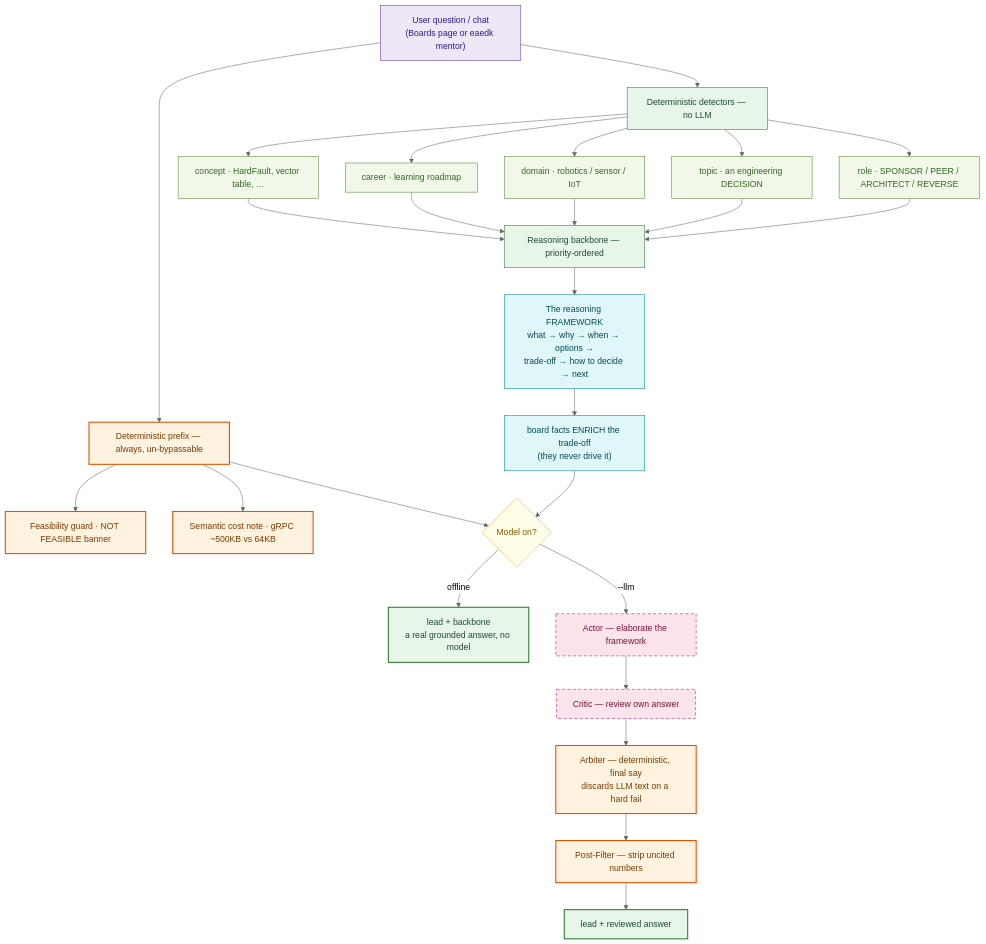
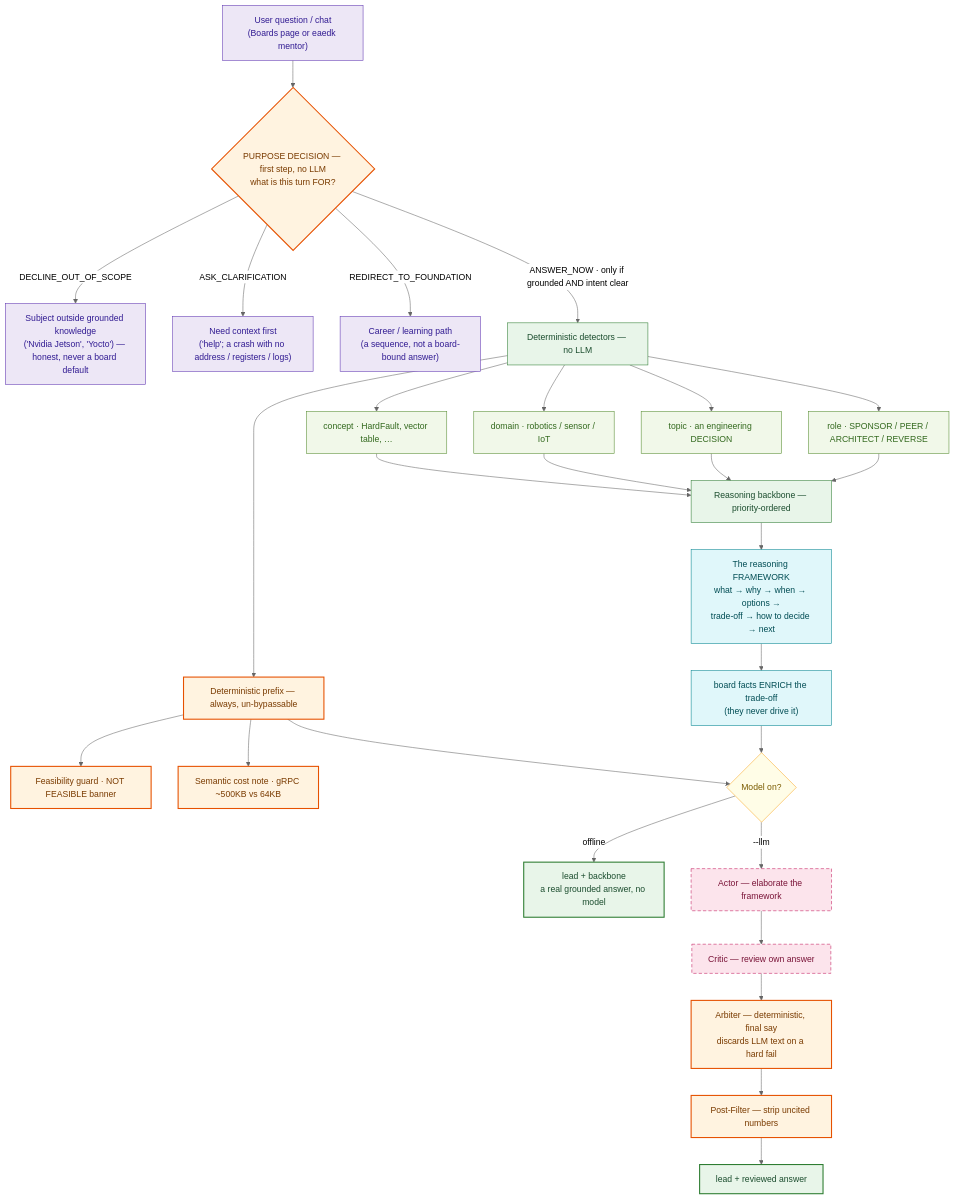
Before and after one commit to Ashut90/eaedk: the third of 3 diagrams in README.md, drawn with Mermaid (neutral theme). The commit also changed other lines of this file, not shown here.

First line of the commit message:
docs(readme): document the Purpose Decision gate + sample interactions

````diff
--- a/README.md
+++ b/README.md
@@ -197,42 +209,46 @@
 ```mermaid
 flowchart TD
     Q["User question / chat<br/>(Boards page or eaedk mentor)"]:::in
 
-    Q --> DET["Deterministic detectors — no LLM"]:::core
+    Q --> PURP{"PURPOSE DECISION — first step, no LLM<br/>what is this turn FOR?"}:::guard
+    PURP -->|DECLINE_OUT_OF_SCOPE| O1["Subject outside grounded knowledge<br/>('Nvidia Jetson', 'Yocto') — honest, never a board default"]:::out
+    PURP -->|ASK_CLARIFICATION| O2["Need context first<br/>('help'; a crash with no address / registers / logs)"]:::out
+    PURP -->|REDIRECT_TO_FOUNDATION| O3["Career / learning path<br/>(a sequence, not a board-bound answer)"]:::out
+    PURP -->|"ANSWER_NOW · only if grounded AND intent clear"| DET["Deterministic detectors — no LLM"]:::core
+
     DET --> R1["role · SPONSOR / PEER / ARCHITECT / REVERSE"]:::detect
     DET --> R2["topic · an engineering DECISION"]:::detect
     DET --> R3["domain · robotics / sensor / IoT"]:::detect
-    DET --> R4["career · learning roadmap"]:::detect
     DET --> R5["concept · HardFault, vector table, …"]:::detect
 
-    Q --> LEAD["Deterministic prefix — always, un-bypassable"]:::guard
+    DET --> LEAD["Deterministic prefix — always, un-bypassable"]:::guard
     LEAD --> G1["Feasibility guard · NOT FEASIBLE banner"]:::guard
     LEAD --> G2["Semantic cost note · gRPC ~500KB vs 64KB"]:::guard
 
     R1 --> BACK
     R2 --> BACK
     R3 --> BACK
-    R4 --> BACK
     R5 --> BACK
     BACK["Reasoning backbone — priority-ordered"]:::core
     BACK --> FW["The reasoning FRAMEWORK<br/>what → why → when → options →<br/>trade-off → how to decide → next"]:::frame
     FW --> ENR["board facts ENRICH the trade-off<br/>(they never drive it)"]:::frame
 
     ENR --> OFF{"Model on?"}:::dec
     LEAD --> OFF
     OFF -->|offline| AOFF["lead + backbone<br/>a real grounded answer, no model"]:::ok
     OFF -->|--llm| ACT["Actor — elaborate the framework"]:::llm
     ACT --> CRIT["Critic — review own answer"]:::llm
     CRIT --> ARB["Arbiter — deterministic, final say<br/>discards LLM text on a hard fail"]:::guard
     ARB --> PF["Post-Filter — strip uncited numbers"]:::guard
     PF --> AON["lead + reviewed answer"]:::ok
 
     classDef in fill:#ede7f6,stroke:#5e35b1,color:#311b92;
     classDef core fill:#e8f5e9,stroke:#2e7d32,color:#1b4d2e;
     classDef detect fill:#f1f8e9,stroke:#558b2f,color:#33691e;
     classDef frame fill:#e0f7fa,stroke:#00838f,color:#004d54;
     classDef guard fill:#fff3e0,stroke:#e65100,stroke-width:2px,color:#7a3b00;
     classDef llm fill:#fce4ec,stroke:#c2185b,stroke-dasharray:6 4,color:#7a1438;
     classDef ok fill:#e8f5e9,stroke:#2e7d32,stroke-width:2px,color:#1b4d2e;
     classDef dec fill:#fffde7,stroke:#f9a825,color:#7a5b00;
+    classDef out fill:#ede7f6,stroke:#5e35b1,color:#311b92;
 ```
````
